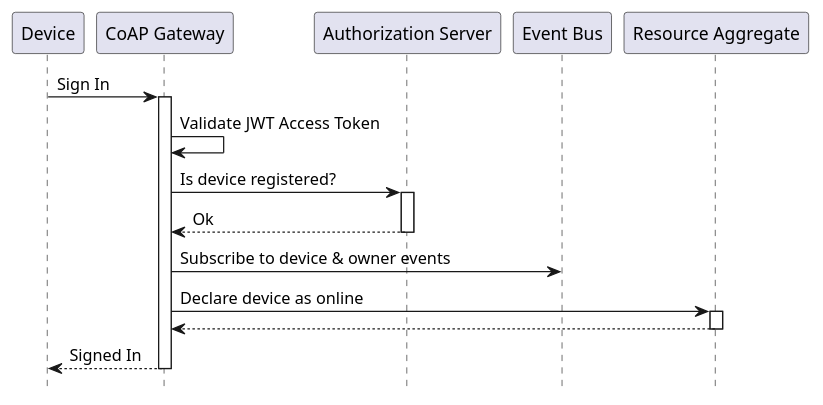
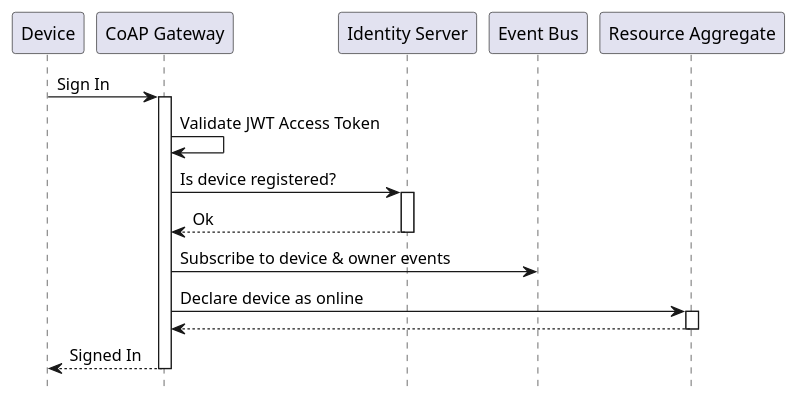
Before and after one commit to plgd-dev/doc: the third of 7 diagrams in content/en/architecture/component-overview.md, drawn with PlantUML. The commit also changed other lines of this file and 5 other files, not shown here.

```diff
--- a/content/en/architecture/component-overview.md
+++ b/content/en/architecture/component-overview.md
@@ -95,22 +95,22 @@
 {{< plantuml id="device-authorization" >}}
 @startuml Sequence
 skinparam backgroundColor transparent
 hide footbox
 
 participant D as "Device"
 participant CGW as "CoAP Gateway"
-participant AS as "Authorization Server"
+participant IS as "Identity Server"
 participant EB as "Event Bus"
 participant RA as "Resource Aggregate"
 
 D -> CGW ++: Sign In
 CGW -> CGW: Validate JWT Access Token
-CGW -> AS ++: Is device registered?
+CGW -> IS ++: Is device registered?
 return Ok
 CGW -> EB: Subscribe to device & owner events
 CGW -> RA ++: Declare device as online
 return
 return Signed In
 
 @enduml
 {{< /plantuml >}}
```
